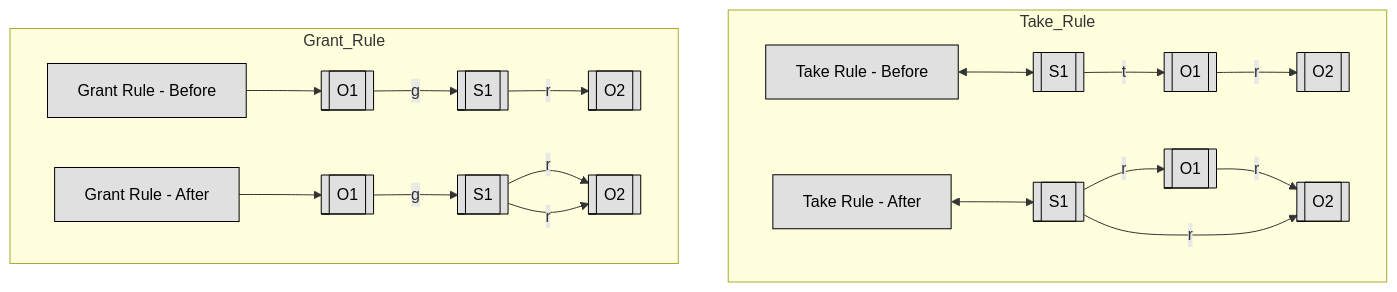
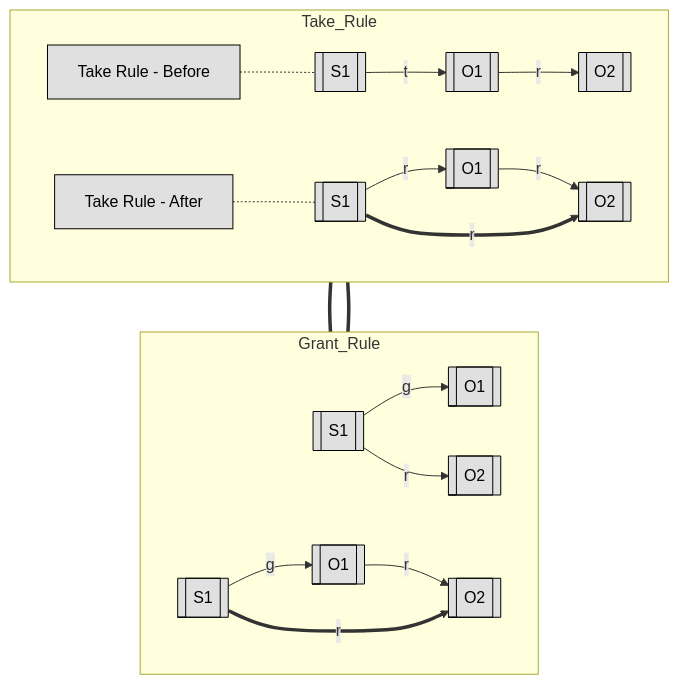
Before and after one commit to lorenzoleonelli/CISSP-Zero-to-Hero: diagram 11 of 11 in DOMAIN3: Security Architecture and Engineering/3.02 Understand the fundamental concepts of security models (e.g. Biba, STar Model, Bell Lapadula).md, drawn with Mermaid.

Commit message:
Update 3.02 Understand the fundamental concepts of security models (e.g. Biba, STar Model, Bell Lapadula).md

````diff
--- a/DOMAIN3: Security Architecture and Engineering/3.02 Understand the fundamental concepts of security models (e.g. Biba, STar Model, Bell Lapadula).md
+++ b/DOMAIN3: Security Architecture and Engineering/3.02 Understand the fundamental concepts of security models (e.g. Biba, STar Model, Bell Lapadula).md
@@ -384,25 +384,26 @@
 ```mermaid
 flowchart TB
 
 subgraph Take_Rule
     direction LR
     S1_Take1[["S1"]] -->|t| O1_Take1[["O1"]] -->|r| O2_Take1[["O2"]]
     S1_Take2[["S1"]] -->|r| O1_Take2[["O1"]] -->|r| O2_Take2[["O2"]]
-    S1_Take2[["S1"]] -->|r| O2_Take2[["O2"]]
-    label1[Take Rule  - Before]:::label <--> S1_Take1
-    label2[Take Rule - After]:::label <--> S1_Take2
+    S1_Take2[["S1"]] ==>|r| O2_Take2[["O2"]]
+    label1[Take Rule  - Before]:::label -.- S1_Take1
+    label2[Take Rule - After]:::label -.- S1_Take2
 end
 
 subgraph Grant_Rule
     direction LR
-    O1_Grant1[["O1"]] -->|g| S1_Grant1[["S1"]] -->|r| O2_Grant1[["O2"]]
-    O1_Grant2[["O1"]] -->|g| S1_Grant2[["S1"]] -->|r| O2_Grant2[["O2"]]
-    S1_Grant2 -->|r| O2_Grant2
-    label3[Grant Rule - Before]:::label --> O1_Grant1
-    label4[Grant Rule - After]:::label --> O1_Grant2
+    S1_Grant1[["S1"]] -->|g| O1_Grant1[["O1"]]
+    S1_Grant1[["S1"]] -->|r| O2_Grant1[["O2"]]
+    S1_Grant2[["S1"]] -->|g| O1_Grant2[["O1"]] -->|r| O2_Grant2[["O2"]]
+    S1_Grant2[["S1"]] ==>|r| O2_Grant2[["O2"]]
+    label1[Take Rule  - Before]:::label === S1_Grant1
+    label2[Take Rule - After]:::label === S1_Grant2
 end
 
     classDef center fill:#ffffff,color:#000000,stroke:#000000,stroke-width:1px,font-weight:bold
     classDef node fill:#e0e0e0,color:#000000,stroke:#000000,stroke-width:1px
 
 ```
````
